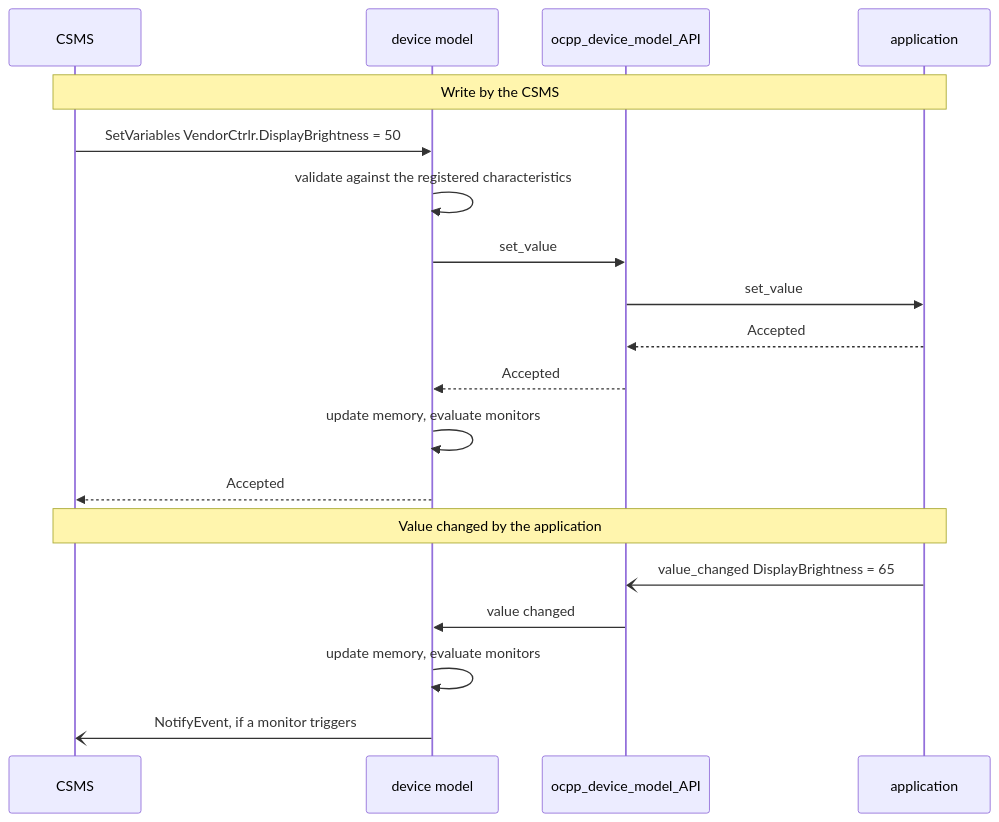
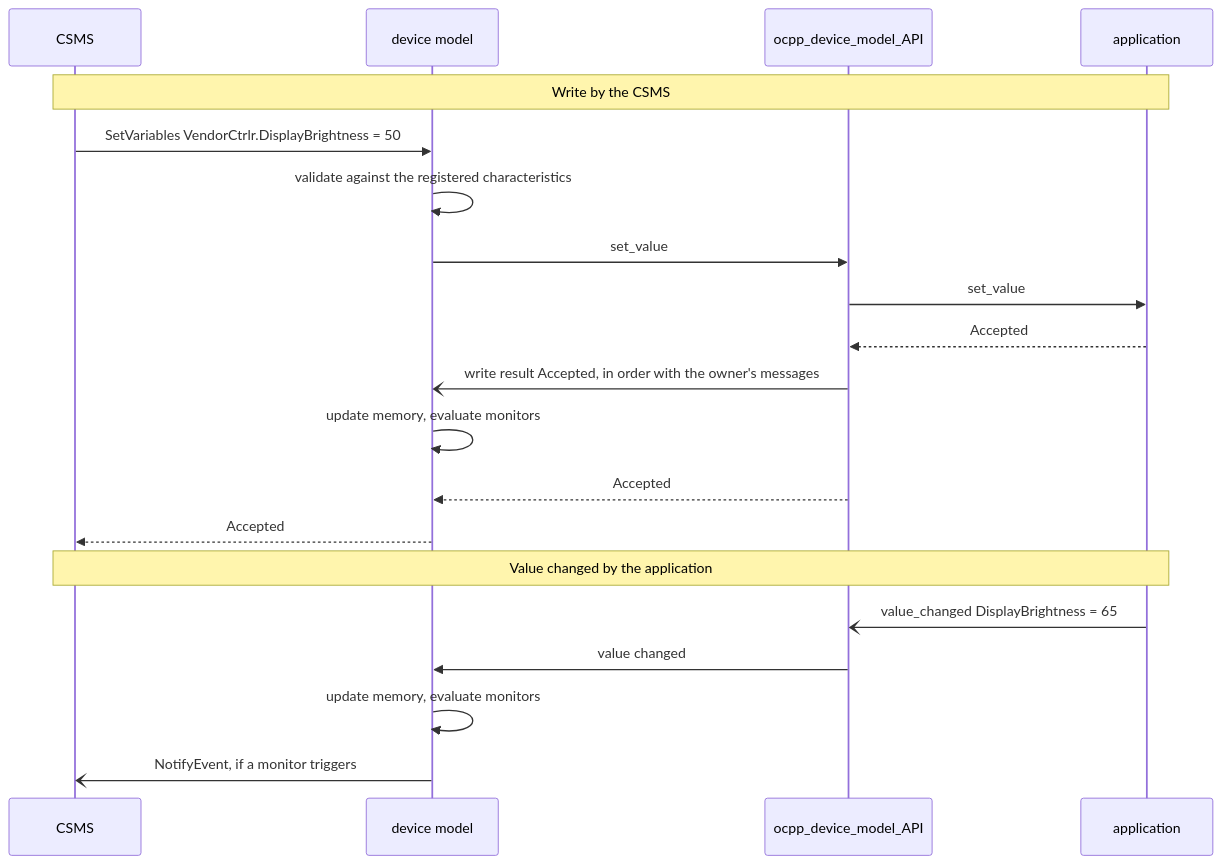
One commit to EVerest/EVerest changed the fifth of 5 diagrams in modules/EVSE/OCPPmulti/docs/device_model.rst. Above: the diagram before and after it, drawn with Mermaid. The commit also changed other lines of this file and 25 other files, not shown here.

```diff
--- a/modules/EVSE/OCPPmulti/docs/device_model.rst
+++ b/modules/EVSE/OCPPmulti/docs/device_model.rst
@@ -509,21 +509,22 @@
 .. mermaid::
 
    sequenceDiagram
        participant CSMS
        participant DM as device model
        participant BR as ocpp_device_model_API
        participant C as application
        Note over CSMS,C: Write by the CSMS
        CSMS->>DM: SetVariables VendorCtrlr.DisplayBrightness = 50
        DM->>DM: validate against the registered characteristics
        DM->>BR: set_value
        BR->>C: set_value
        C-->>BR: Accepted
+       BR-)DM: write result Accepted, in order with the owner's messages
+       DM->>DM: update memory, evaluate monitors
        BR-->>DM: Accepted
-       DM->>DM: update memory, evaluate monitors
        DM-->>CSMS: Accepted
        Note over CSMS,C: Value changed by the application
        C-)BR: value_changed DisplayBrightness = 65
        BR->>DM: value changed
        DM->>DM: update memory, evaluate monitors
        DM-)CSMS: NotifyEvent, if a monitor triggers
```
